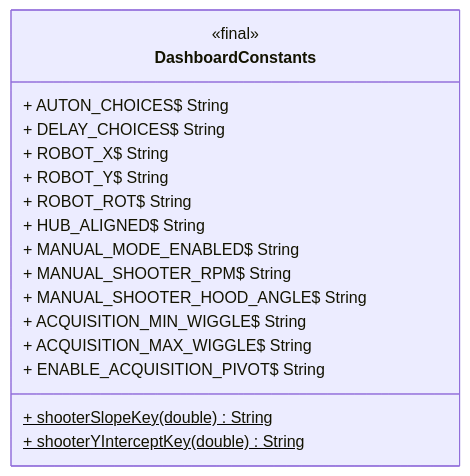
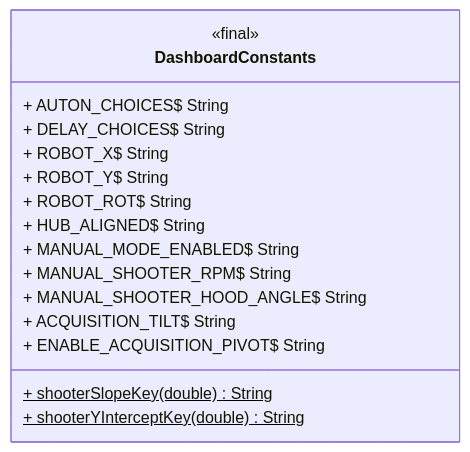
The diagram in src/uml/frc/robot/constants/DashboardConstants.mmd (LakotaRobotics1038/2026RobotProject), drawn with Mermaid before and after one commit. The commit also changed 7 other files, not shown here.

```diff
--- a/src/uml/frc/robot/constants/DashboardConstants.mmd
+++ b/src/uml/frc/robot/constants/DashboardConstants.mmd
@@ -1,20 +1,19 @@
 classDiagram
   direction LR
 
   class DashboardConstants {
     <<final>>
     + AUTON_CHOICES$ String
     + DELAY_CHOICES$ String
     + ROBOT_X$ String
     + ROBOT_Y$ String
     + ROBOT_ROT$ String
     + HUB_ALIGNED$ String
     + MANUAL_MODE_ENABLED$ String
     + MANUAL_SHOOTER_RPM$ String
     + MANUAL_SHOOTER_HOOD_ANGLE$ String
-    + ACQUISITION_MIN_WIGGLE$ String
-    + ACQUISITION_MAX_WIGGLE$ String
+    + ACQUISITION_TILT$ String
     + ENABLE_ACQUISITION_PIVOT$ String
     + shooterSlopeKey(double)$ String
     + shooterYInterceptKey(double)$ String
   }
```
